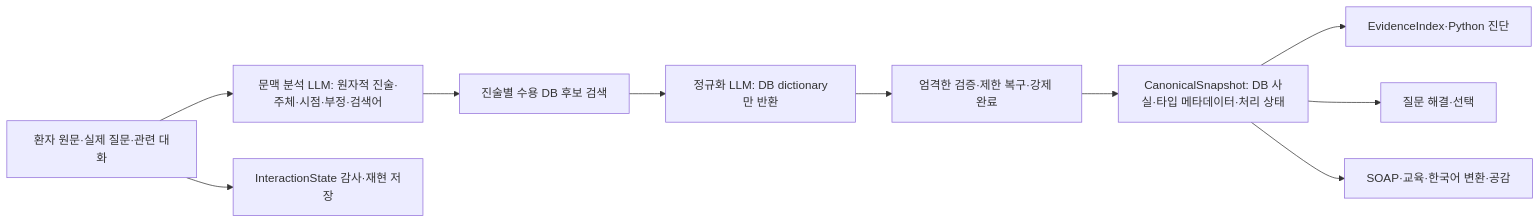
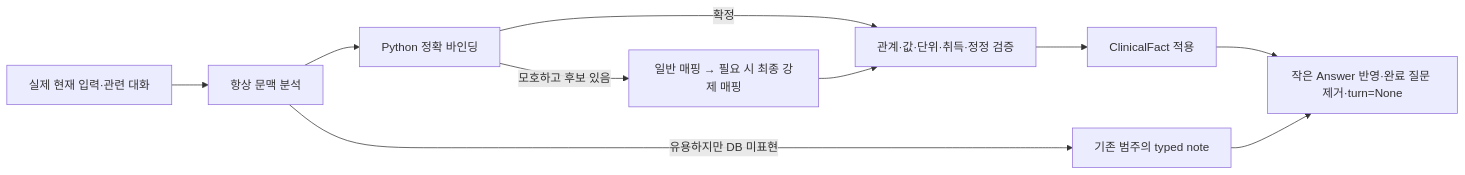
One commit to devRestain/Ontoward changed the second of 6 diagrams in submission/README.md. Above: the diagram before and after it, drawn with Mermaid. The commit also changed other lines of this file and 73 other files, not shown here.

````diff
--- a/submission/README.md
+++ b/submission/README.md
@@ -312,12 +155,12 @@
 ```mermaid
 flowchart LR
-    Raw["환자 원문·실제 질문·관련 대화"] --> Context["문맥 분석 LLM: 원자적 진술·주체·시점·부정·검색어"]
-    Raw --> Audit["InteractionState 감사·재현 저장"]
-    Context --> Search["진술별 수용 DB 후보 검색"]
-    Search --> Map["정규화 LLM: DB dictionary만 반환"]
-    Map --> Validate["엄격한 검증·제한 복구·강제 완료"]
-    Validate --> Canonical["CanonicalSnapshot: DB 사실·타입 메타데이터·처리 상태"]
-    Canonical --> Reason["EvidenceIndex·Python 진단"]
-    Canonical --> Question["질문 해결·선택"]
-    Canonical --> SOAP["SOAP·교육·한국어 변환·공감"]
+    Raw["실제 현재 입력·관련 대화"] --> C["항상 문맥 분석"]
+    C --> Exact["Python 정확 바인딩"]
+    Exact -->|확정| Validate["관계·값·단위·취득·정정 검증"]
+    Exact -->|모호하고 후보 있음| Map["일반 매핑 → 필요 시 최종 강제 매핑"]
+    Map --> Validate
+    C -->|유용하지만 DB 미표현| Note["기존 범주의 typed note"]
+    Validate --> Facts["ClinicalFact 적용"]
+    Facts --> Done["작은 Answer 반영·완료 질문 제거·turn=None"]
+    Note --> Done
 ```
````
